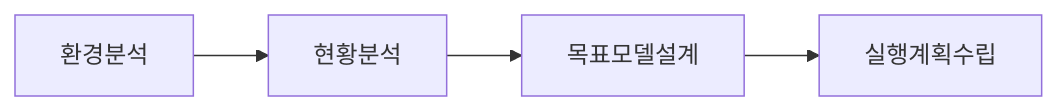
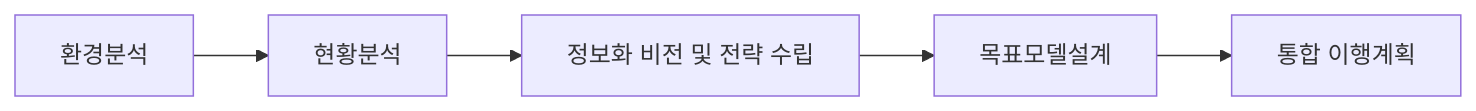
Before and after one commit to gracefullight/gracefullight.github.io: the second of 3 diagrams in blog/pe/mng/isp-bpr.md, drawn with Mermaid. The commit also changed other lines of this file and 1 other file, not shown here.

````diff
--- a/blog/pe/mng/isp-bpr.md
+++ b/blog/pe/mng/isp-bpr.md
@@ -28,4 +28,4 @@
 ```mermaid
 graph LR
-  환경분석 --> 현황분석 --> 목표모델설계 --> 실행계획수립
+  환경분석 --> 현황분석 --> 정보화비전전략수립[정보화 비전 및 전략 수립] --> 목표모델설계 --> 통합이행계획[통합 이행계획]
 ```
````
